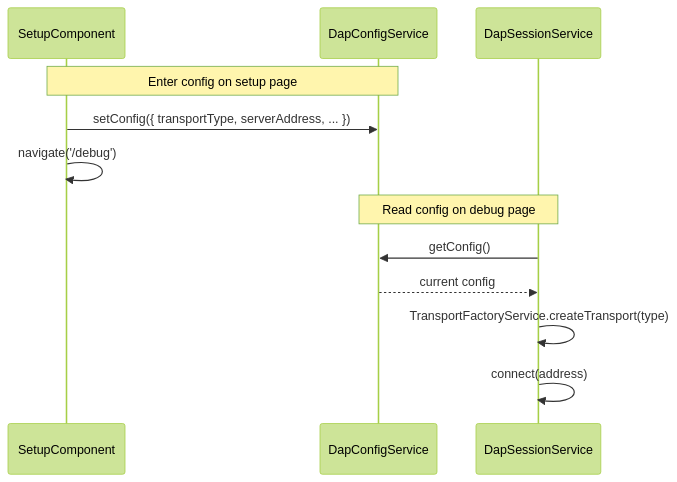
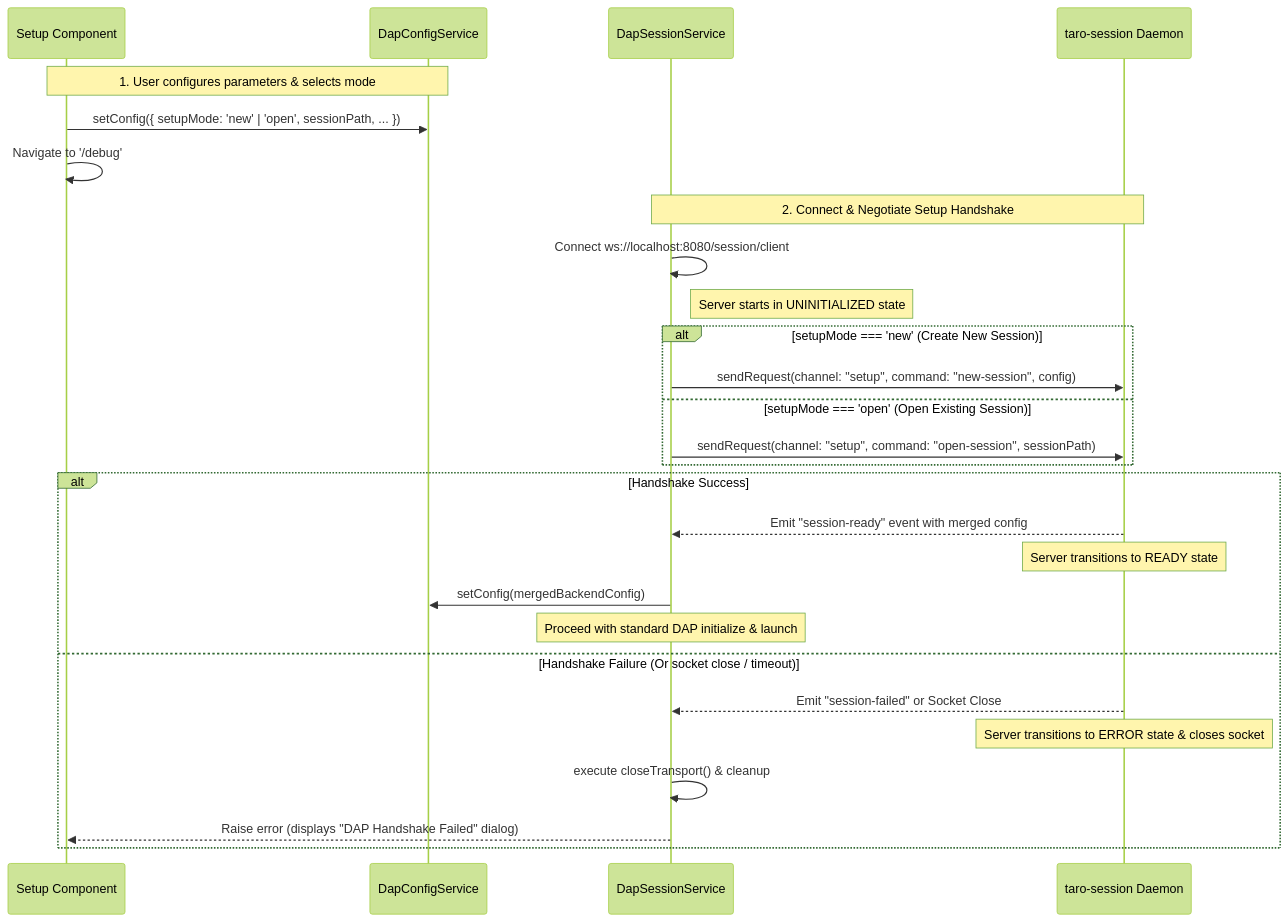
The second of 2 diagrams in docs/architecture/session-layer.md (tangpo387-arch/taro-debugger), drawn with Mermaid (forest theme) before and after one commit. The commit also changed other lines of this file and 20 other files, not shown here.

Commit message:
docs: add architecture documentation standards and integrate into project context workflow

````diff
--- a/docs/architecture/session-layer.md
+++ b/docs/architecture/session-layer.md
@@ -219,16 +225,33 @@
 ```mermaid
 sequenceDiagram
-    participant SC as SetupComponent
+    participant UI as Setup Component
     participant DCS as DapConfigService
     participant DSS as DapSessionService
+    participant TS as taro-session Daemon
 
-    Note over SC, DCS: Enter config on setup page
-    SC->>DCS: setConfig({ transportType, serverAddress, ... })
-    SC->>SC: navigate('/debug')
+    Note over UI, DCS: 1. User configures parameters & selects mode
+    UI->>DCS: setConfig({ setupMode: 'new' | 'open', sessionPath, ... })
+    UI->>UI: Navigate to '/debug'
 
-    Note over DSS, DCS: Read config on debug page
-    DSS->>DCS: getConfig()
-    DCS-->>DSS: current config
-    DSS->>DSS: TransportFactoryService.createTransport(type)
-    DSS->>DSS: connect(address)
+    Note over DSS, TS: 2. Connect & Negotiate Setup Handshake
+    DSS->>DSS: Connect ws://localhost:8080/session/client
+    Note right of DSS: Server starts in UNINITIALIZED state
+
+    alt setupMode === 'new' (Create New Session)
+        DSS->>TS: sendRequest(channel: "setup", command: "new-session", config)
+    else setupMode === 'open' (Open Existing Session)
+        DSS->>TS: sendRequest(channel: "setup", command: "open-session", sessionPath)
+    end
+
+    alt Handshake Success
+        TS-->>DSS: Emit "session-ready" event with merged config
+        Note over TS: Server transitions to READY state
+        DSS->>DCS: setConfig(mergedBackendConfig)
+        Note over DSS: Proceed with standard DAP initialize & launch
+    else Handshake Failure (Or socket close / timeout)
+        TS-->>DSS: Emit "session-failed" or Socket Close
+        Note over TS: Server transitions to ERROR state & closes socket
+        DSS->>DSS: execute closeTransport() & cleanup
+        DSS-->>UI: Raise error (displays "DAP Handshake Failed" dialog)
+    end
 ```
````
